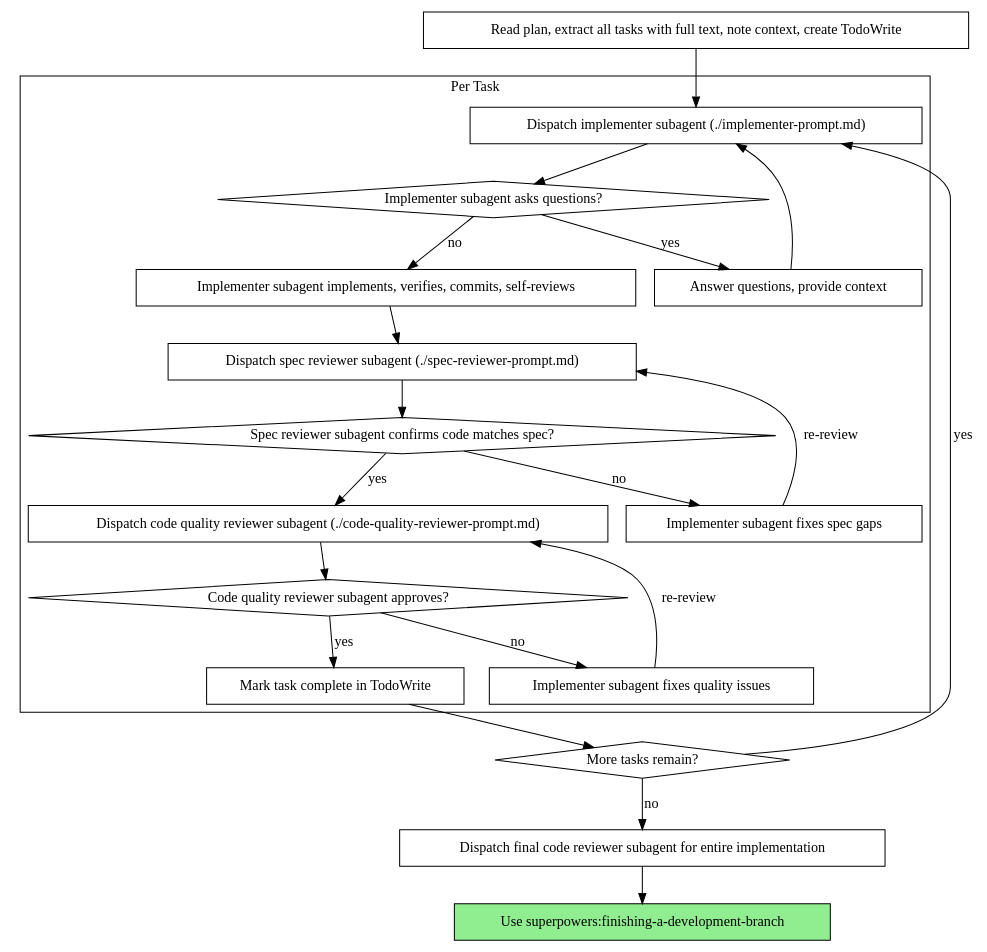
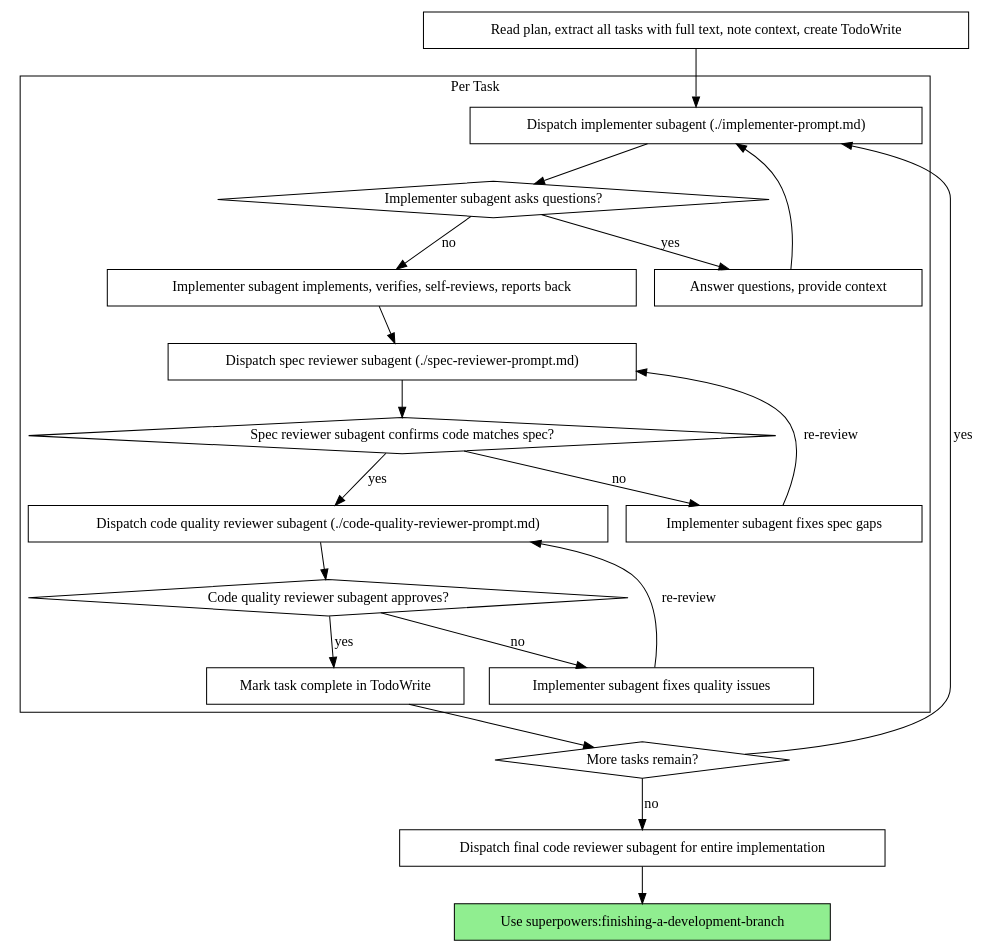
The second of 2 diagrams in skills/subagent-driven-development/SKILL.md (Valendrew/superpowers), drawn with Graphviz before and after one commit. The commit also changed other lines of this file and 6 other files, not shown here.

````diff
--- a/skills/subagent-driven-development/SKILL.md
+++ b/skills/subagent-driven-development/SKILL.md
@@ -32,44 +32,44 @@
 ```dot
 digraph process {
     rankdir=TB;
 
     subgraph cluster_per_task {
         label="Per Task";
         "Dispatch implementer subagent (./implementer-prompt.md)" [shape=box];
         "Implementer subagent asks questions?" [shape=diamond];
         "Answer questions, provide context" [shape=box];
-        "Implementer subagent implements, verifies, commits, self-reviews" [shape=box];
+        "Implementer subagent implements, verifies, self-reviews, reports back" [shape=box];
         "Dispatch spec reviewer subagent (./spec-reviewer-prompt.md)" [shape=box];
         "Spec reviewer subagent confirms code matches spec?" [shape=diamond];
         "Implementer subagent fixes spec gaps" [shape=box];
         "Dispatch code quality reviewer subagent (./code-quality-reviewer-prompt.md)" [shape=box];
         "Code quality reviewer subagent approves?" [shape=diamond];
         "Implementer subagent fixes quality issues" [shape=box];
         "Mark task complete in TodoWrite" [shape=box];
     }
 
     "Read plan, extract all tasks with full text, note context, create TodoWrite" [shape=box];
     "More tasks remain?" [shape=diamond];
     "Dispatch final code reviewer subagent for entire implementation" [shape=box];
     "Use superpowers:finishing-a-development-branch" [shape=box style=filled fillcolor=lightgreen];
 
     "Read plan, extract all tasks with full text, note context, create TodoWrite" -> "Dispatch implementer subagent (./implementer-prompt.md)";
     "Dispatch implementer subagent (./implementer-prompt.md)" -> "Implementer subagent asks questions?";
     "Implementer subagent asks questions?" -> "Answer questions, provide context" [label="yes"];
     "Answer questions, provide context" -> "Dispatch implementer subagent (./implementer-prompt.md)";
-    "Implementer subagent asks questions?" -> "Implementer subagent implements, verifies, commits, self-reviews" [label="no"];
-    "Implementer subagent implements, verifies, commits, self-reviews" -> "Dispatch spec reviewer subagent (./spec-reviewer-prompt.md)";
+    "Implementer subagent asks questions?" -> "Implementer subagent implements, verifies, self-reviews, reports back" [label="no"];
+    "Implementer subagent implements, verifies, self-reviews, reports back" -> "Dispatch spec reviewer subagent (./spec-reviewer-prompt.md)";
     "Dispatch spec reviewer subagent (./spec-reviewer-prompt.md)" -> "Spec reviewer subagent confirms code matches spec?";
     "Spec reviewer subagent confirms code matches spec?" -> "Implementer subagent fixes spec gaps" [label="no"];
     "Implementer subagent fixes spec gaps" -> "Dispatch spec reviewer subagent (./spec-reviewer-prompt.md)" [label="re-review"];
     "Spec reviewer subagent confirms code matches spec?" -> "Dispatch code quality reviewer subagent (./code-quality-reviewer-prompt.md)" [label="yes"];
     "Dispatch code quality reviewer subagent (./code-quality-reviewer-prompt.md)" -> "Code quality reviewer subagent approves?";
     "Code quality reviewer subagent approves?" -> "Implementer subagent fixes quality issues" [label="no"];
     "Implementer subagent fixes quality issues" -> "Dispatch code quality reviewer subagent (./code-quality-reviewer-prompt.md)" [label="re-review"];
     "Code quality reviewer subagent approves?" -> "Mark task complete in TodoWrite" [label="yes"];
     "Mark task complete in TodoWrite" -> "More tasks remain?";
     "More tasks remain?" -> "Dispatch implementer subagent (./implementer-prompt.md)" [label="yes"];
     "More tasks remain?" -> "Dispatch final code reviewer subagent for entire implementation" [label="no"];
     "Dispatch final code reviewer subagent for entire implementation" -> "Use superpowers:finishing-a-development-branch";
 }
 ```
````
